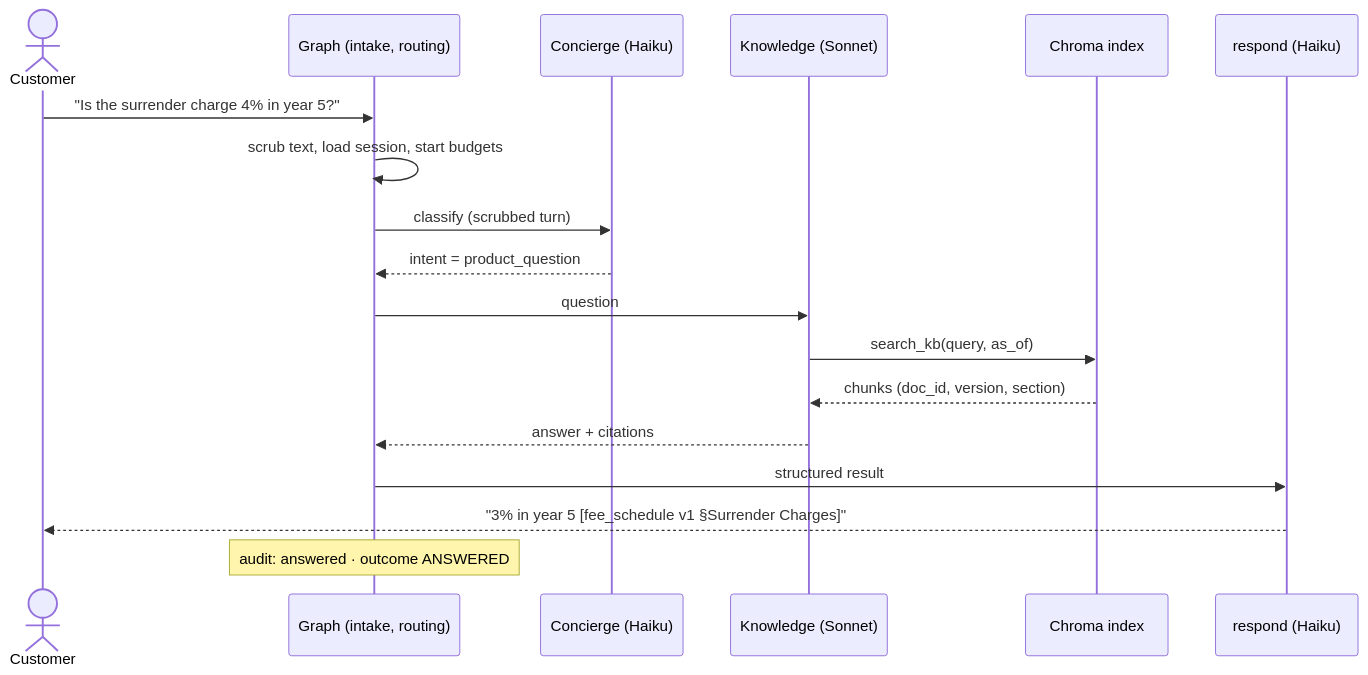
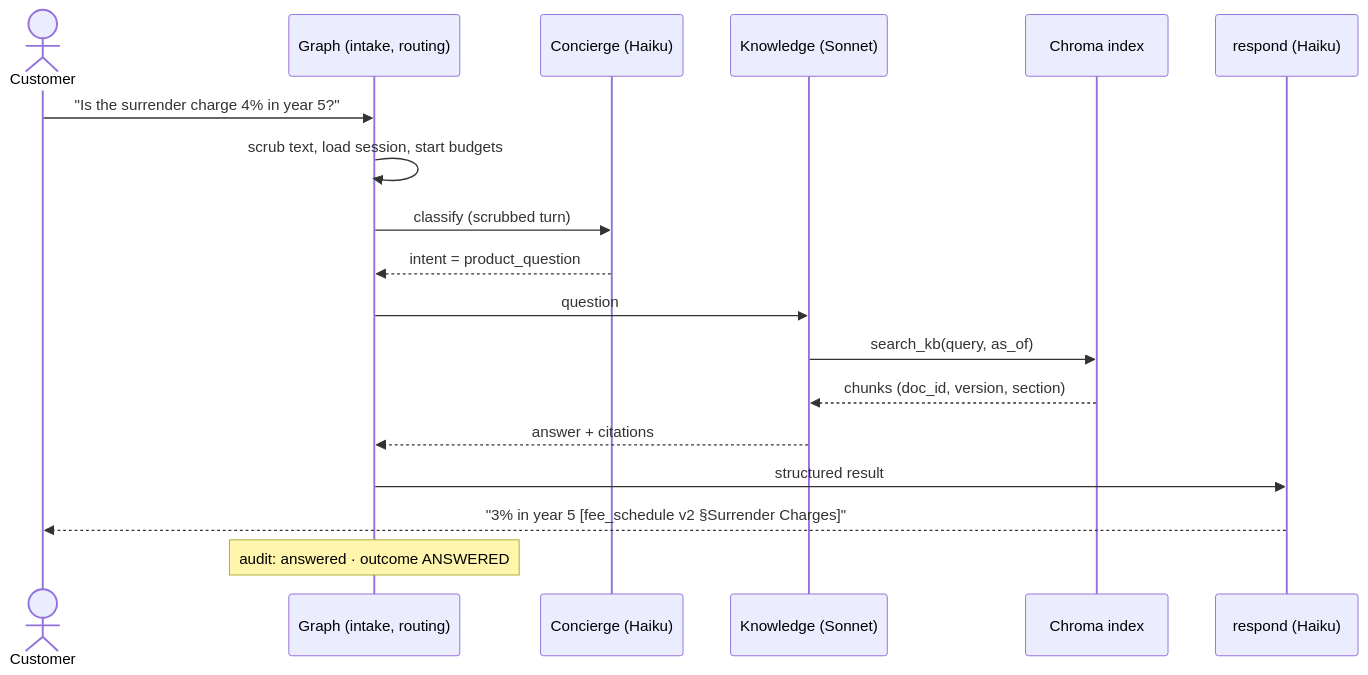
Before and after one commit to debudash/SPRServicingAgent: the second of 8 diagrams in docs/ARCHITECTURE.md, drawn with Mermaid. The commit also changed 6 other files, not shown here.

First line of the commit message:
Synthetic superseded fee schedule, so GR-04 has a running case (#123, owner decision)

````diff
--- a/docs/ARCHITECTURE.md
+++ b/docs/ARCHITECTURE.md
@@ -175,20 +175,20 @@
 ```mermaid
 sequenceDiagram
     actor C as Customer
     participant G as Graph (intake, routing)
     participant CON as Concierge (Haiku)
     participant KN as Knowledge (Sonnet)
     participant KB as Chroma index
     participant R as respond (Haiku)
     C->>G: "Is the surrender charge 4% in year 5?"
     G->>G: scrub text, load session, start budgets
     G->>CON: classify (scrubbed turn)
     CON-->>G: intent = product_question
     G->>KN: question
     KN->>KB: search_kb(query, as_of)
     KB-->>KN: chunks (doc_id, version, section)
     KN-->>G: answer + citations
     G->>R: structured result
-    R-->>C: "3% in year 5 [fee_schedule v1 §Surrender Charges]"
+    R-->>C: "3% in year 5 [fee_schedule v2 §Surrender Charges]"
     Note over G: audit: answered · outcome ANSWERED
 ```
````
